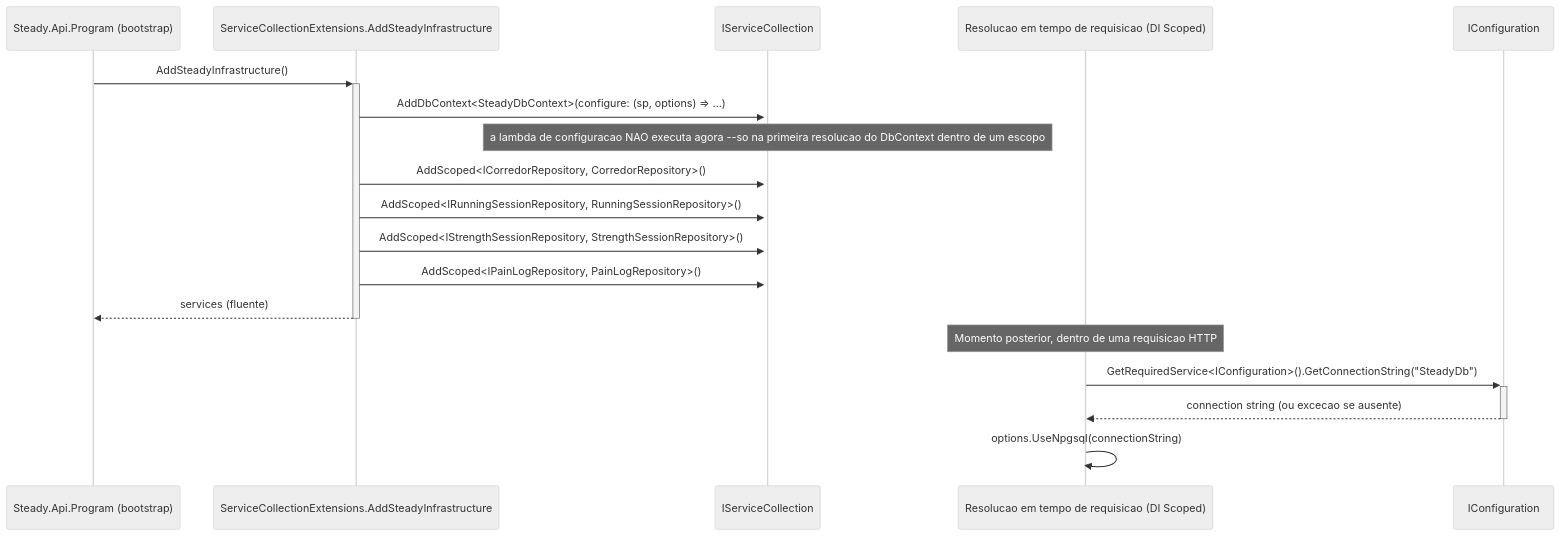
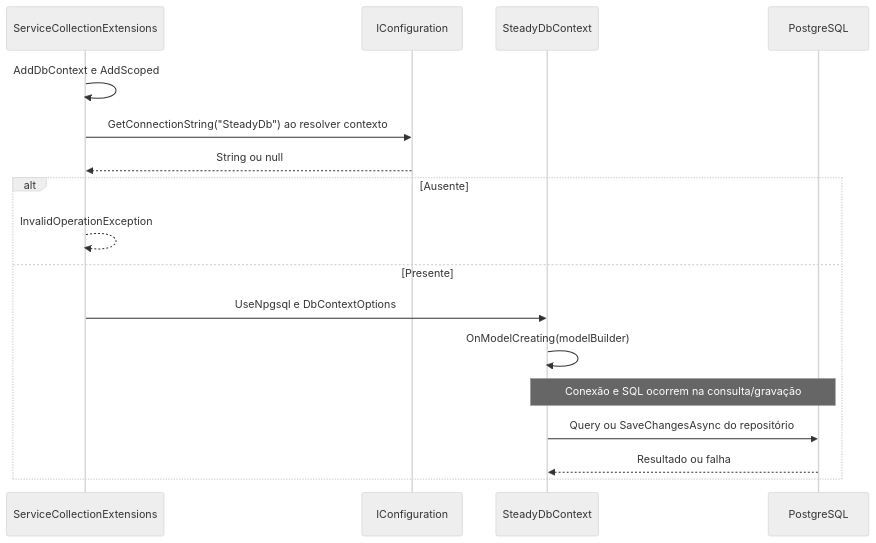
The diagram in DocumentAIReadme/Steady.Infrastructure/DevDocs/SteadyDbContext-ServiceCollectionExtensions-Persistencia-Configuracao-DevDocs.md (JoaoFPedro/steady-ia), drawn with Mermaid (neutral theme) before and after one commit. The commit also changed other lines of this file and 318 other files, not shown here.

````diff
--- a/DocumentAIReadme/Steady.Infrastructure/DevDocs/SteadyDbContext-ServiceCollectionExtensions-Persistencia-Configuracao-DevDocs.md
+++ b/DocumentAIReadme/Steady.Infrastructure/DevDocs/SteadyDbContext-ServiceCollectionExtensions-Persistencia-Configuracao-DevDocs.md
@@ -59,22 +32,19 @@
 ```mermaid
 sequenceDiagram
-    participant Startup as Steady.Api.Program (bootstrap)
-    participant Extension as ServiceCollectionExtensions.AddSteadyInfrastructure
-    participant DI as IServiceCollection
-    participant Runtime as Resolucao em tempo de requisicao (DI Scoped)
-    participant Config as IConfiguration
-
-    Startup->>+Extension: AddSteadyInfrastructure()
-    Extension->>+DI: AddDbContext<SteadyDbContext>(configure: (sp, options) => ...)
-    Note over DI: a lambda de configuracao NAO executa agora --so na primeira resolucao do DbContext dentro de um escopo
-    Extension->>+DI: AddScoped<ICorredorRepository, CorredorRepository>()
-    Extension->>+DI: AddScoped<IRunningSessionRepository, RunningSessionRepository>()
-    Extension->>+DI: AddScoped<IStrengthSessionRepository, StrengthSessionRepository>()
-    Extension->>+DI: AddScoped<IPainLogRepository, PainLogRepository>()
-    Extension-->>-Startup: services (fluente)
-
-    Note over Runtime: Momento posterior, dentro de uma requisicao HTTP
-    Runtime->>+Config: GetRequiredService<IConfiguration>().GetConnectionString("SteadyDb")
-    Config-->>-Runtime: connection string (ou excecao se ausente)
-    Runtime->>Runtime: options.UseNpgsql(connectionString)
+    participant DI as ServiceCollectionExtensions
+    participant CFG as IConfiguration
+    participant CTX as SteadyDbContext
+    participant DB as PostgreSQL
+    DI->>DI: AddDbContext e AddScoped
+    DI->>CFG: GetConnectionString("SteadyDb") ao resolver contexto
+    CFG-->>DI: String ou null
+    alt Ausente
+        DI-->>DI: InvalidOperationException
+    else Presente
+        DI->>CTX: UseNpgsql e DbContextOptions
+        CTX->>CTX: OnModelCreating(modelBuilder)
+        Note over CTX,DB: Conexão e SQL ocorrem na consulta/gravação
+        CTX->>DB: Query ou SaveChangesAsync do repositório
+        DB-->>CTX: Resultado ou falha
+    end
 ```
````
